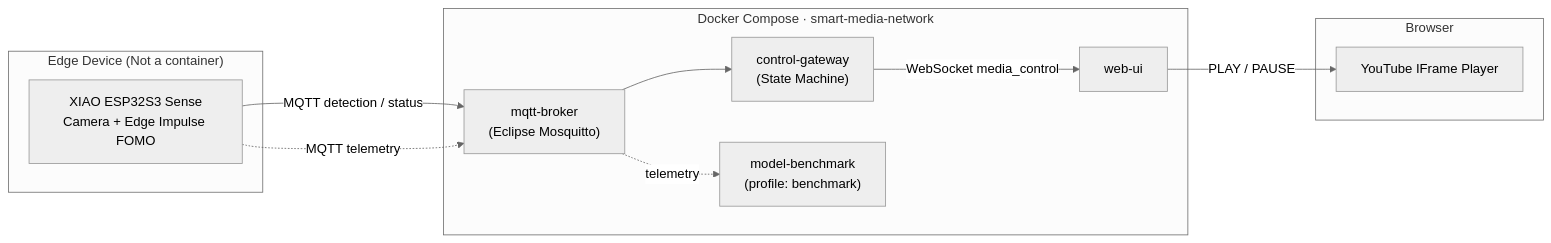
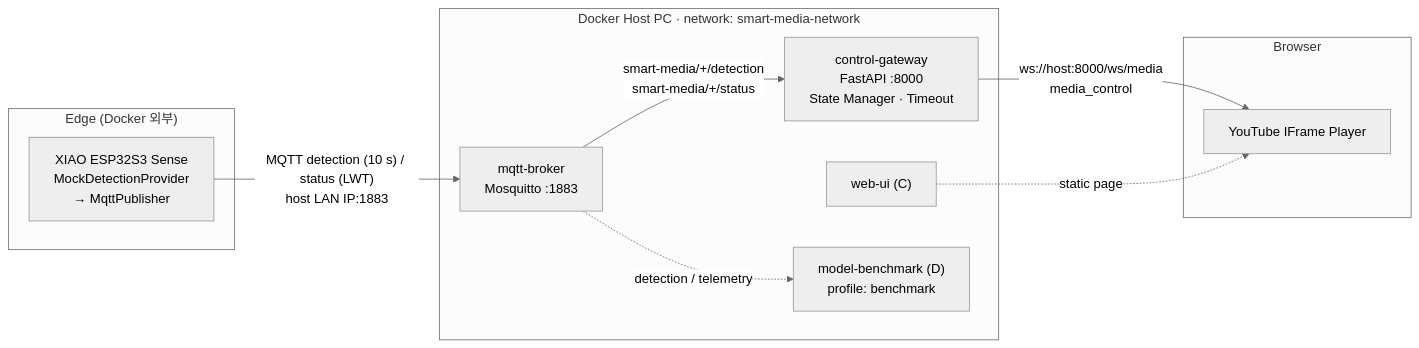
Before and after one commit to david-laugh/RealTime-Face-Media-Control: the first of 2 diagrams in docs/architecture.md, drawn with Mermaid (neutral theme). The commit also changed other lines of this file and 41 other files, not shown here.

First line of the commit message:
feat: implement mock detection firmware, MQTT broker and control gateway

````diff
--- a/docs/architecture.md
+++ b/docs/architecture.md
@@ -12,25 +24,23 @@
 ```mermaid
 flowchart LR
-    subgraph Edge["Edge Device (Not a container)"]
-        XIAO["XIAO ESP32S3 Sense<br/>Camera + Edge Impulse FOMO"]
+    subgraph Edge["Edge (Docker 외부)"]
+        XIAO["XIAO ESP32S3 Sense<br/>MockDetectionProvider<br/>→ MqttPublisher"]
     end
 
-    subgraph Docker["Docker Compose · smart-media-network"]
-        BROKER["mqtt-broker<br/>(Eclipse Mosquitto)"]
-        GW["control-gateway<br/>(State Machine)"]
-        WEB["web-ui"]
-        BENCH["model-benchmark<br/>(profile: benchmark)"]
+    subgraph Host["Docker Host PC · network: smart-media-network"]
+        BROKER["mqtt-broker<br/>Mosquitto :1883"]
+        GW["control-gateway<br/>FastAPI :8000<br/>State Manager · Timeout"]
+        WEB["web-ui (C)"]
+        BENCH["model-benchmark (D)<br/>profile: benchmark"]
     end
 
     subgraph Browser["Browser"]
         YT["YouTube IFrame Player"]
     end
 
-    XIAO -- "MQTT detection / status" --> BROKER
-    BROKER --> GW
-    GW -- "WebSocket media_control" --> WEB
-    WEB -- "PLAY / PAUSE" --> YT
-
-    XIAO -. "MQTT telemetry" .-> BROKER
-    BROKER -. "telemetry" .-> BENCH
+    XIAO -- "MQTT detection (10 s) / status (LWT)<br/>host LAN IP:1883" --> BROKER
+    BROKER -- "smart-media/+/detection<br/>smart-media/+/status" --> GW
+    GW -- "ws://host:8000/ws/media<br/>media_control" --> YT
+    WEB -. "static page" .-> YT
+    BROKER -. "detection / telemetry" .-> BENCH
 ```
````
